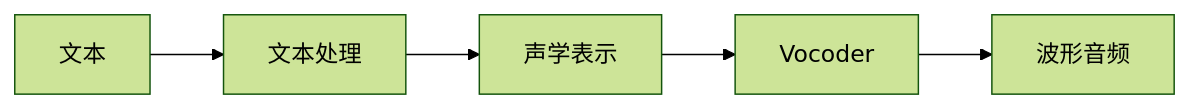
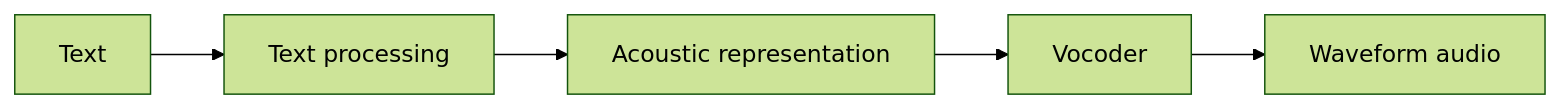
Before and after one commit to oudbiao/AI-fullstack-course: the first of 2 diagrams in docs/ch12-multimodal/ch03-video-gen/02-tts.md, drawn with Mermaid (forest theme). The commit also changed other lines of this file and 1406 other files, not shown here.

````diff
--- a/docs/ch12-multimodal/ch03-video-gen/02-tts.md
+++ b/docs/ch12-multimodal/ch03-video-gen/02-tts.md
@@ -42,7 +42,7 @@
 ```mermaid
 flowchart LR
-    A["文本"] --> B["文本处理"]
-    B --> C["声学表示"]
+    A["Text"] --> B["Text processing"]
+    B --> C["Acoustic representation"]
     C --> D["Vocoder"]
-    D --> E["波形音频"]
+    D --> E["Waveform audio"]
 ```
````
